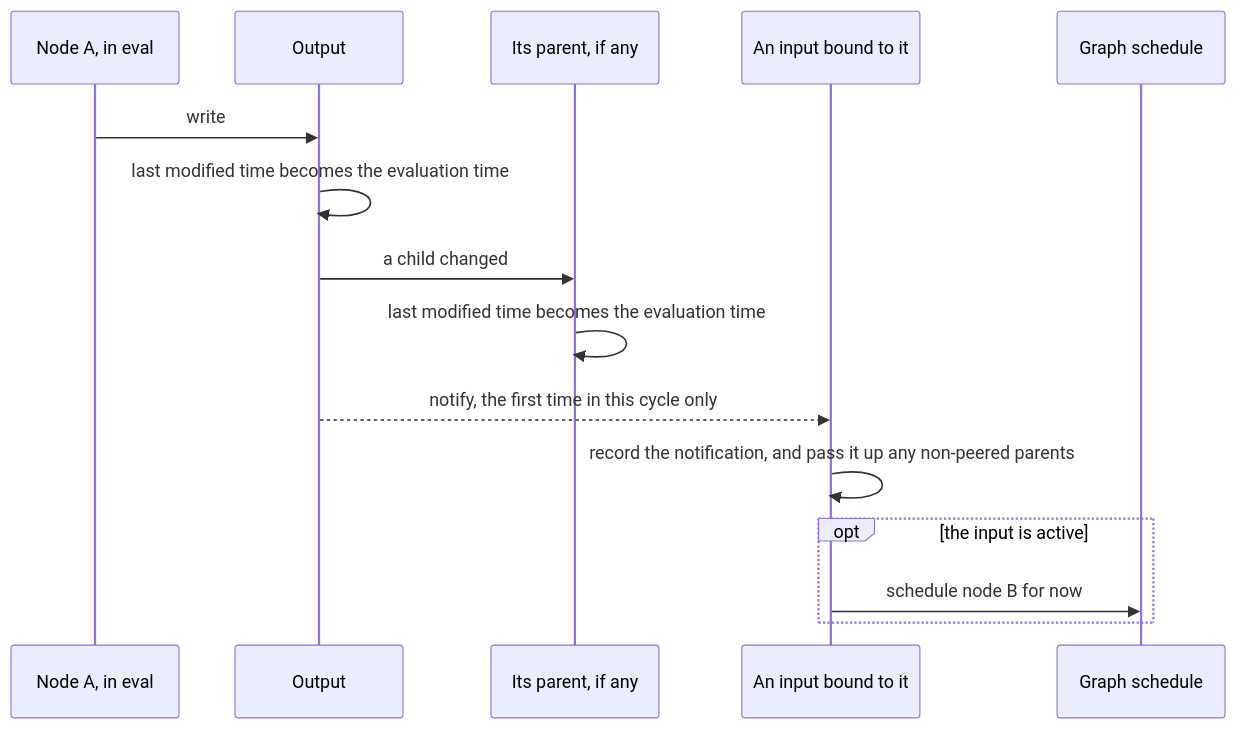
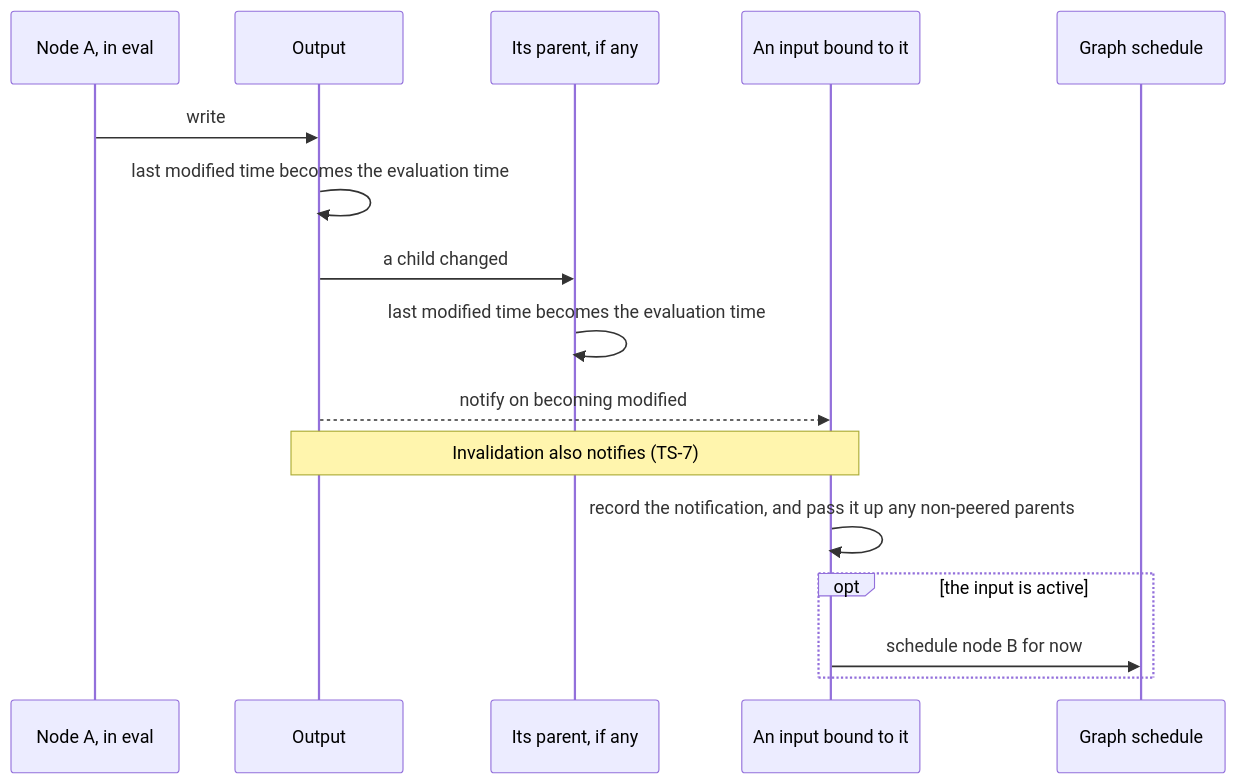
The third of 3 diagrams in docs/runtime_spec/time_series.md (hhenson/hgl), drawn with Mermaid before and after one commit. The commit also changed 1 other file, not shown here.

Commit message:
docs: reconcile invalidation notifications in runtime diagrams

````diff
--- a/docs/runtime_spec/time_series.md
+++ b/docs/runtime_spec/time_series.md
@@ -179,18 +179,19 @@
 ```mermaid
 sequenceDiagram
     participant A as Node A, in eval
     participant O as Output
     participant P as Its parent, if any
     participant I as An input bound to it
     participant G as Graph schedule
 
     A->>O: write
     O->>O: last modified time becomes the evaluation time
     O->>P: a child changed
     P->>P: last modified time becomes the evaluation time
-    O-->>I: notify, the first time in this cycle only
+    O-->>I: notify on becoming modified
+    Note over O,I: Invalidation also notifies (TS-7)
     I->>I: record the notification, and pass it up any non-peered parents
     opt the input is active
         I->>G: schedule node B for now
     end
 ```
````
